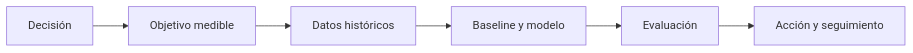
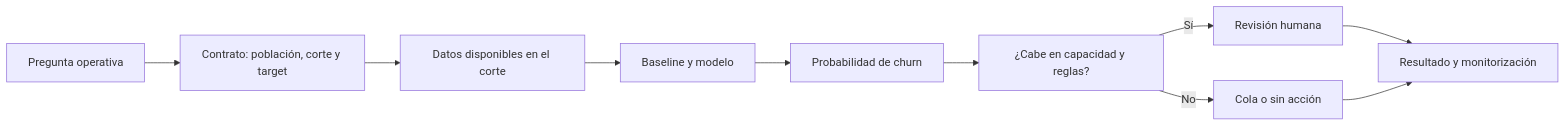
Before and after one commit to Ayhur/CursoAnalista: the diagram in curso/12-modelos-predictivos/lecciones/01-caso-de-uso-y-objetivo.md, drawn with Mermaid. The commit also changed other lines of this file and 11 other files, not shown here.

````diff
--- a/curso/12-modelos-predictivos/lecciones/01-caso-de-uso-y-objetivo.md
+++ b/curso/12-modelos-predictivos/lecciones/01-caso-de-uso-y-objetivo.md
@@ -11,8 +39,12 @@
 ```mermaid
 flowchart LR
- A[Decisión] --> B[Objetivo medible]
- B --> C[Datos históricos]
- C --> D[Baseline y modelo]
- D --> E[Evaluación]
- E --> F[Acción y seguimiento]
+  A[Pregunta operativa] --> B[Contrato: población, corte y target]
+  B --> C[Datos disponibles en el corte]
+  C --> D[Baseline y modelo]
+  D --> E[Probabilidad de churn]
+  E --> F[¿Cabe en capacidad y reglas?]
+  F -->|Sí| G[Revisión humana]
+  F -->|No| H[Cola o sin acción]
+  G --> I[Resultado y monitorización]
+  H --> I
 ```
````
